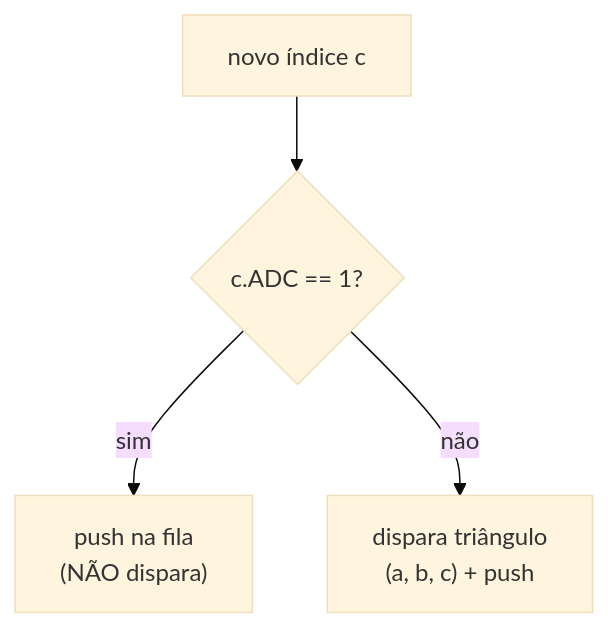
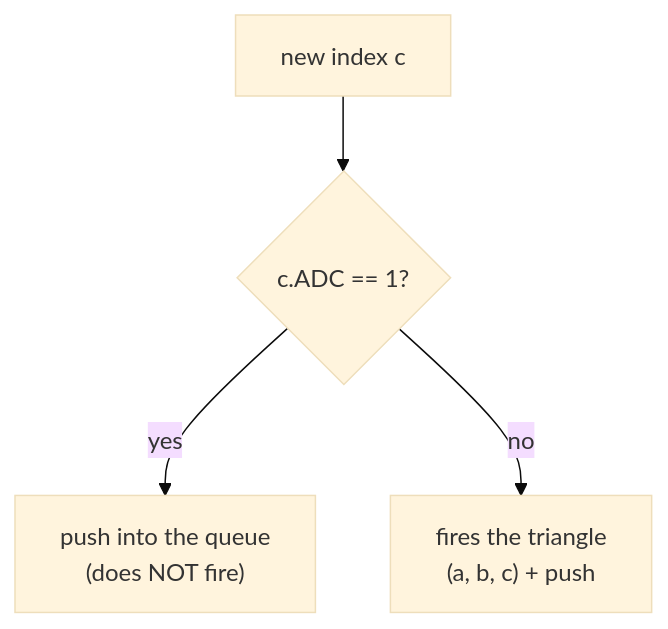
Before and after one commit to FVitor7/wepes3d: the first of 3 diagrams in docs/05-strip-encoding.md, drawn with Mermaid (base theme). The commit also changed other lines of this file and 30 other files, not shown here.

````diff
--- a/docs/05-strip-encoding.md
+++ b/docs/05-strip-encoding.md
@@ -36,6 +37,6 @@
 ```mermaid
 flowchart TD
-    N["novo índice c"] --> Q{"c.ADC == 1?"}
-    Q -->|sim| PUSH["push na fila<br/>(NÃO dispara)"]
-    Q -->|não| TRIG["dispara triângulo<br/>(a, b, c) + push"]
+    N["new index c"] --> Q{"c.ADC == 1?"}
+    Q -->|yes| PUSH["push into the queue<br/>(does NOT fire)"]
+    Q -->|no| TRIG["fires the triangle<br/>(a, b, c) + push"]
 ```
````
